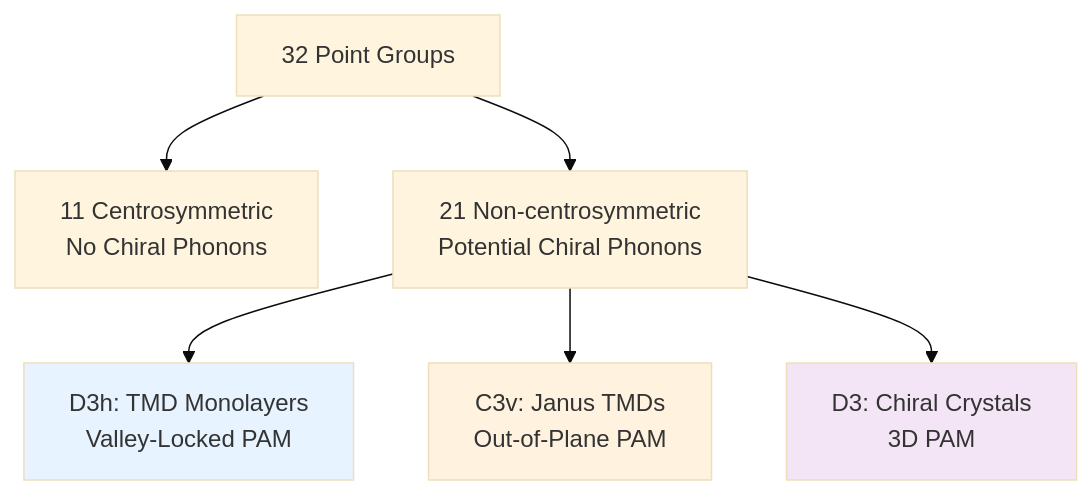
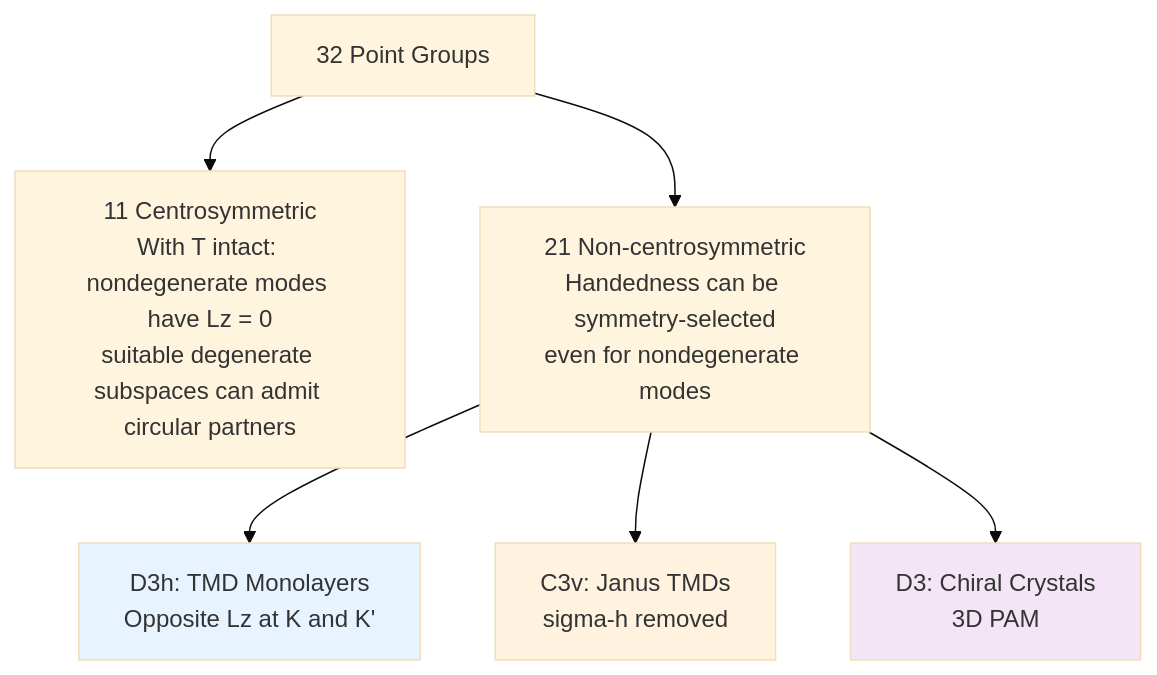
The second of 2 diagrams in knowledge/en/MS/chiral-phonons/chapter-1.md (YusukeHashimotoLab/AI-Knowledge-Notes), drawn with Mermaid (base theme) before and after one commit. The commit also changed other lines of this file and 151 other files, not shown here.

````diff
--- a/knowledge/en/MS/chiral-phonons/chapter-1.md
+++ b/knowledge/en/MS/chiral-phonons/chapter-1.md
@@ -244,11 +263,11 @@
 ```mermaid
 graph TD
-    A[32 Point Groups] --> B[11 Centrosymmetric<br/>No Chiral Phonons]
-    A --> C[21 Non-centrosymmetric<br/>Potential Chiral Phonons]
-    C --> D[D3h: TMD Monolayers<br/>Valley-Locked PAM]
-    C --> E[C3v: Janus TMDs<br/>Out-of-Plane PAM]
-    C --> F[D3: Chiral Crystals<br/>3D PAM]
+    A[32 Point Groups] --> B["11 Centrosymmetric<br/>With T intact: nondegenerate modes have Lz = 0<br/>suitable degenerate subspaces can admit circular partners"]
+    A --> C["21 Non-centrosymmetric<br/>Handedness can be symmetry-selected<br/>even for nondegenerate modes"]
+    C --> D["D3h: TMD Monolayers<br/>Opposite Lz at K and K'"]
+    C --> E["C3v: Janus TMDs<br/>sigma-h removed"]
+    C --> F["D3: Chiral Crystals<br/>3D PAM"]
     style D fill:#e7f3ff
     style E fill:#fff3e0
     style F fill:#f3e5f5
 ```
````
